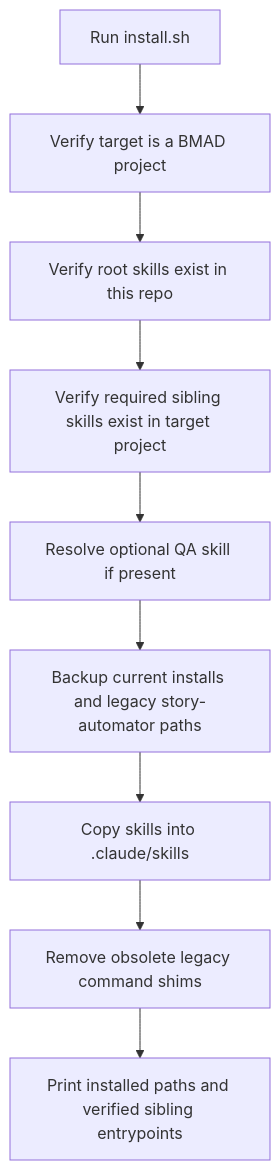
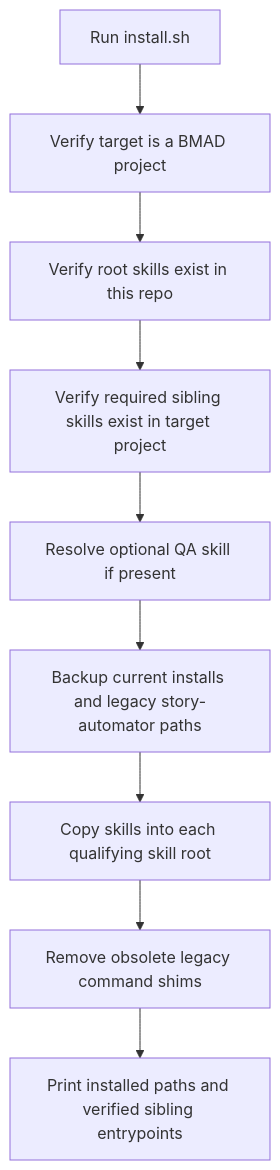
The first of 2 diagrams in docs/installation-and-layout.md (mira5557373/bmad-automator), drawn with Mermaid before and after one commit. The commit also changed other lines of this file and 51 other files, not shown here.

````diff
--- a/docs/installation-and-layout.md
+++ b/docs/installation-and-layout.md
@@ -7,11 +7,11 @@
 ```mermaid
 flowchart TD
     A["Run install.sh <project>"] --> B["Verify target is a BMAD project"]
     B --> C["Verify root skills exist in this repo"]
     C --> D["Verify required sibling skills exist in target project"]
     D --> E["Resolve optional QA skill if present"]
     E --> F["Backup current installs and legacy story-automator paths"]
-    F --> G["Copy skills into .claude/skills"]
+    F --> G["Copy skills into each qualifying skill root"]
     G --> H["Remove obsolete legacy command shims"]
     H --> I["Print installed paths and verified sibling entrypoints"]
 ```
````
